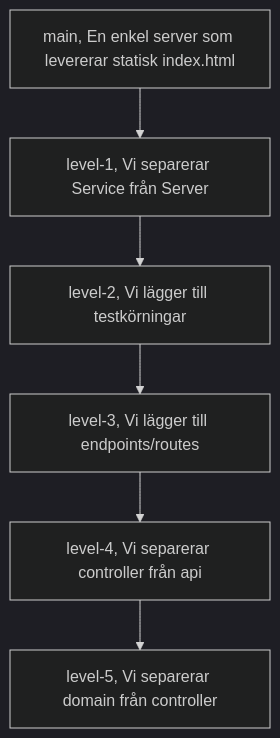
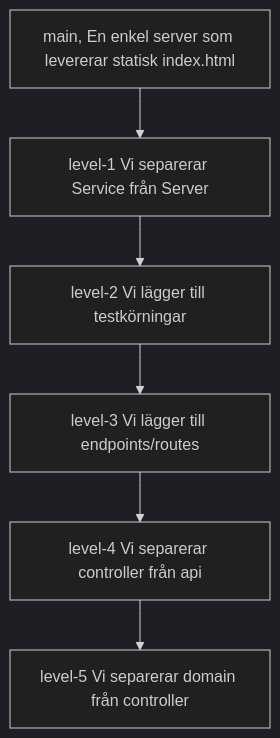
Before and after one commit to miwashi-edu/edu-http-classic-js: the diagram in README.md, drawn with Mermaid (dark theme).

````diff
--- a/README.md
+++ b/README.md
@@ -3,9 +3,9 @@
 ```mermaid
 flowchart TD
     main[main, En enkel server som levererar statisk index.html] --> 
-    level-1[ level-1, Vi separerar Service från Server] --> 
-    level-2[ level-2, Vi lägger till testkörningar] --> 
-    level-3[ level-3, Vi lägger till endpoints/routes] --> 
-    level-4[ level-4, Vi separerar controller från api] --> 
-    level-5[ level-5, Vi separerar domain från controller]
+    level-1[ level-1 Vi separerar Service från Server] --> 
+    level-2[ level-2 Vi lägger till testkörningar] --> 
+    level-3[ level-3 Vi lägger till endpoints/routes] --> 
+    level-4[ level-4 Vi separerar controller från api] --> 
+    level-5[ level-5 Vi separerar domain från controller]
 ```
````
